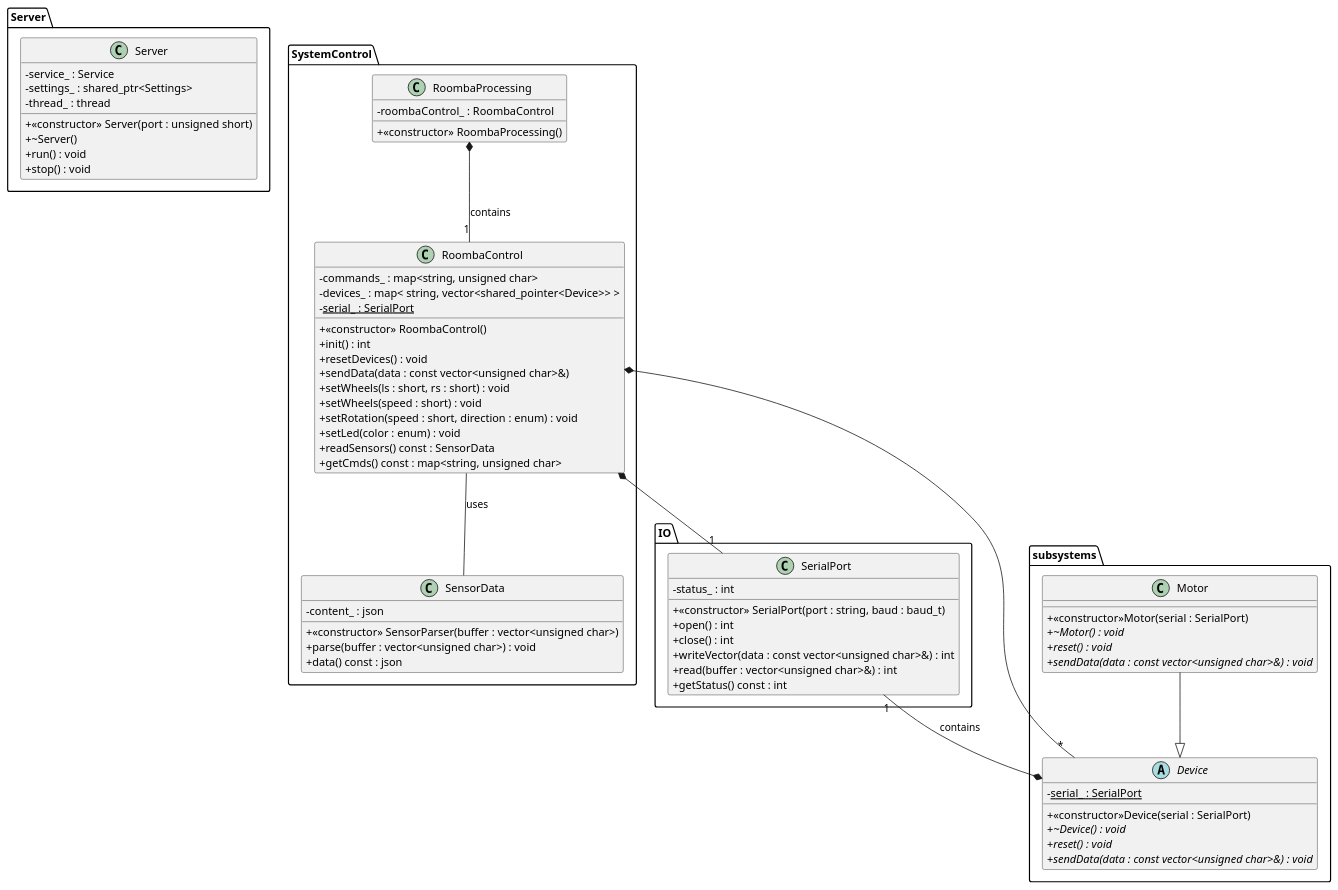
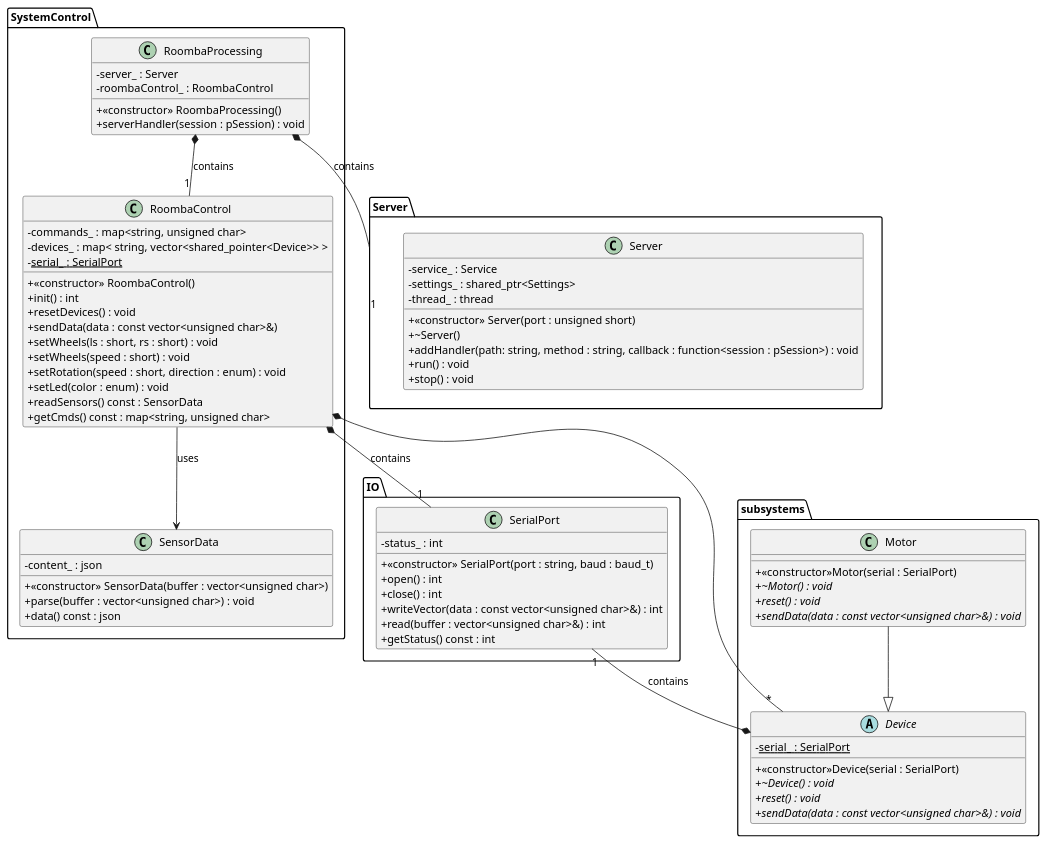
Before and after one commit to VvWijhe/Cleanify: the diagram in UML/class_diagram.puml, drawn with PlantUML. The commit also changed 2 other files, not shown here.

Commit message:
updated uml

```diff
--- a/UML/class_diagram.puml
+++ b/UML/class_diagram.puml
@@ -1,94 +1,98 @@
 @startuml
 
 skinparam classAttributeIconSize 0
 
 package Server {
 
 class Server {
   + <<constructor>> Server(port : unsigned short)
   + ~Server()
+  + addHandler(path: string, method : string, callback : function<session : pSession>) : void
   + run() : void
   + stop() : void
 
   - service_ : Service
   - settings_ : shared_ptr<Settings>
   - thread_ : thread
 }
 
 }
 
 package SystemControl {
 
 class RoombaProcessing {
   + <<constructor>> RoombaProcessing()
+  + serverHandler(session : pSession) : void
 
+  - server_ : Server
   - roombaControl_ : RoombaControl
 }
 
 class SensorData {
-  + <<constructor>> SensorParser(buffer : vector<unsigned char>)
+  + <<constructor>> SensorData(buffer : vector<unsigned char>)
   + parse(buffer : vector<unsigned char>) : void
   + data() const : json
   - content_ : json
 }
 
 class RoombaControl {
   + <<constructor>> RoombaControl()
   + init() : int
   + resetDevices() : void
   + sendData(data : const vector<unsigned char>&)
   + setWheels(ls : short, rs : short) : void
   + setWheels(speed : short) : void
   + setRotation(speed : short, direction : enum) : void
   + setLed(color : enum) : void
   + readSensors() const : SensorData
   + getCmds() const : map<string, unsigned char>
 
   - commands_ : map<string, unsigned char>
   - devices_ : map< string, vector<shared_pointer<Device>> >
   - <u>serial_ : SerialPort
 }
 
 }
 
 package IO {
 
 class SerialPort {
   + <<constructor>> SerialPort(port : string, baud : baud_t)
   + open() : int
   + close() : int
   + writeVector(data : const vector<unsigned char>&) : int
   + read(buffer : vector<unsigned char>&) : int
   + getStatus() const : int
 
   - status_ : int
 }
 
 }
 
 package subsystems {
 abstract class Device {
   + <<constructor>>Device(serial : SerialPort)
   + <i>~Device() : void
   + <i>reset() : void
   + <i>sendData(data : const vector<unsigned char>&) : void
 
   - <u>serial_ : SerialPort
 }
 
 Motor --|> Device
 class Motor {
   + <<constructor>>Motor(serial : SerialPort)
   + <i>~Motor() : void
   + <i>reset() : void
   + <i>sendData(data : const vector<unsigned char>&) : void
 }
 }
 
 SerialPort "1" --* Device : contains
 RoombaProcessing *-- "1" RoombaControl : contains
-RoombaControl -- SensorData : uses
+RoombaControl --> SensorData : uses
 RoombaControl *-- "*" Device
-RoombaControl *-- "1" SerialPort
+RoombaControl *-- "1" SerialPort : contains
+RoombaProcessing *-- "1" Server : contains
 
 @enduml
```
